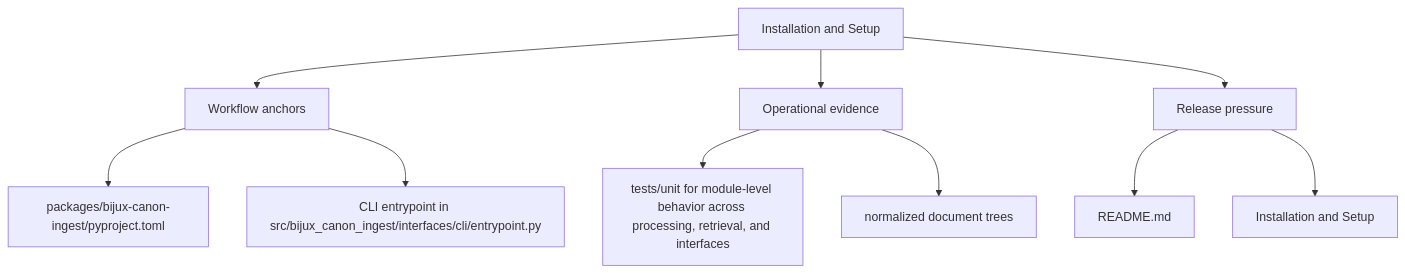
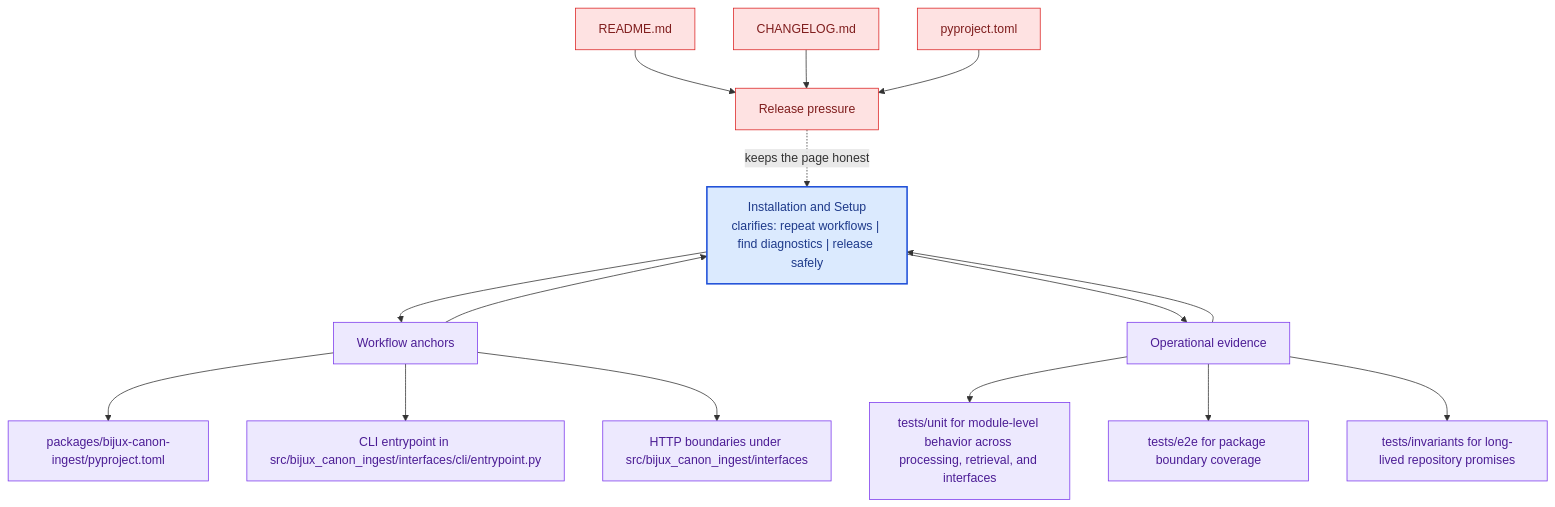
One commit to bijux/bijux-canon changed the second of 2 diagrams in docs/bijux-canon-ingest/operations/installation-and-setup.md. Above: the diagram before and after it, drawn with Mermaid. The commit also changed other lines of this file and 281 other files, not shown here.

Commit message:
docs(diagrams): deepen handbook mermaid maps across the catalog

````diff
--- a/docs/bijux-canon-ingest/operations/installation-and-setup.md
+++ b/docs/bijux-canon-ingest/operations/installation-and-setup.md
@@ -35,22 +68,41 @@
 ```mermaid
-flowchart TD
-    page["Installation and Setup"]
+flowchart TB
+    promise["Installation and Setup<br/>clarifies: repeat workflows | find diagnostics | release safely"]
+    classDef promise fill:#dbeafe,stroke:#1d4ed8,color:#1e3a8a,stroke-width:2px;
+    classDef driver fill:#dcfce7,stroke:#16a34a,color:#14532d;
+    classDef constraint fill:#fee2e2,stroke:#dc2626,color:#7f1d1d;
+    classDef ground fill:#ede9fe,stroke:#7c3aed,color:#4c1d95;
     focus1["Workflow anchors"]
-    page --> focus1
+    focus1 --> promise
+    promise --> focus1
     focus1_1["packages/bijux-canon-ingest/pyproject.toml"]
     focus1 --> focus1_1
     focus1_2["CLI entrypoint in src/bijux_canon_ingest/interfaces/cli/entrypoint.py"]
     focus1 --> focus1_2
+    focus1_3["HTTP boundaries under src/bijux_canon_ingest/interfaces"]
+    focus1 --> focus1_3
+    class focus1 ground;
+    class focus1_1,focus1_2,focus1_3 ground;
     focus2["Operational evidence"]
-    page --> focus2
+    focus2 --> promise
+    promise --> focus2
     focus2_1["tests/unit for module-level behavior across processing, retrieval, and interfaces"]
     focus2 --> focus2_1
-    focus2_2["normalized document trees"]
+    focus2_2["tests/e2e for package boundary coverage"]
     focus2 --> focus2_2
+    focus2_3["tests/invariants for long-lived repository promises"]
+    focus2 --> focus2_3
+    class focus2 ground;
+    class focus2_1,focus2_2,focus2_3 ground;
     focus3["Release pressure"]
-    page --> focus3
+    focus3 -.keeps the page honest.-> promise
     focus3_1["README.md"]
-    focus3 --> focus3_1
-    focus3_2["Installation and Setup"]
-    focus3 --> focus3_2
+    focus3_1 --> focus3
+    focus3_2["CHANGELOG.md"]
+    focus3_2 --> focus3
+    focus3_3["pyproject.toml"]
+    focus3_3 --> focus3
+    class focus3 constraint;
+    class focus3_1,focus3_2,focus3_3 constraint;
+    class promise promise;
 ```
````
